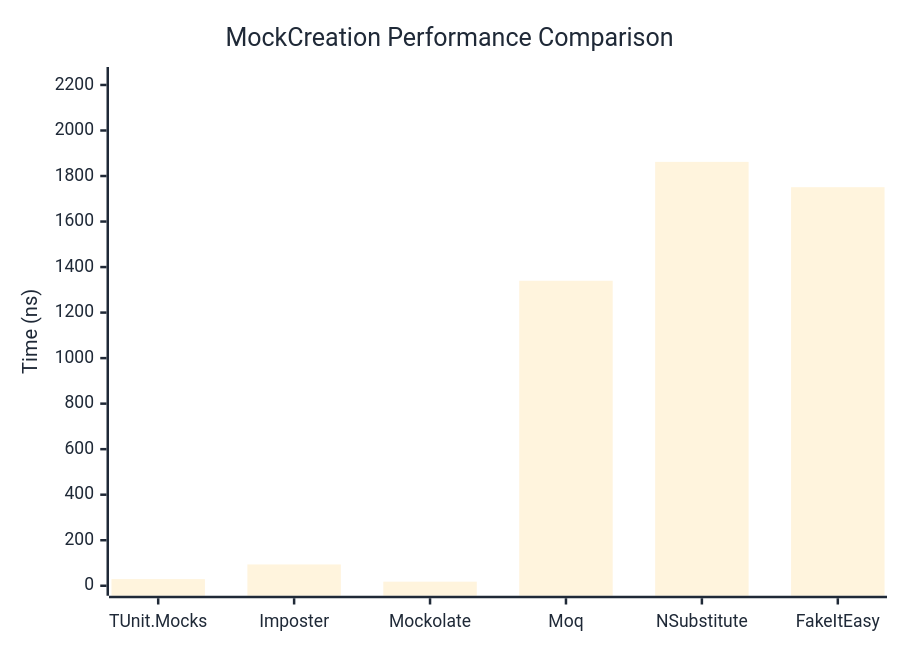
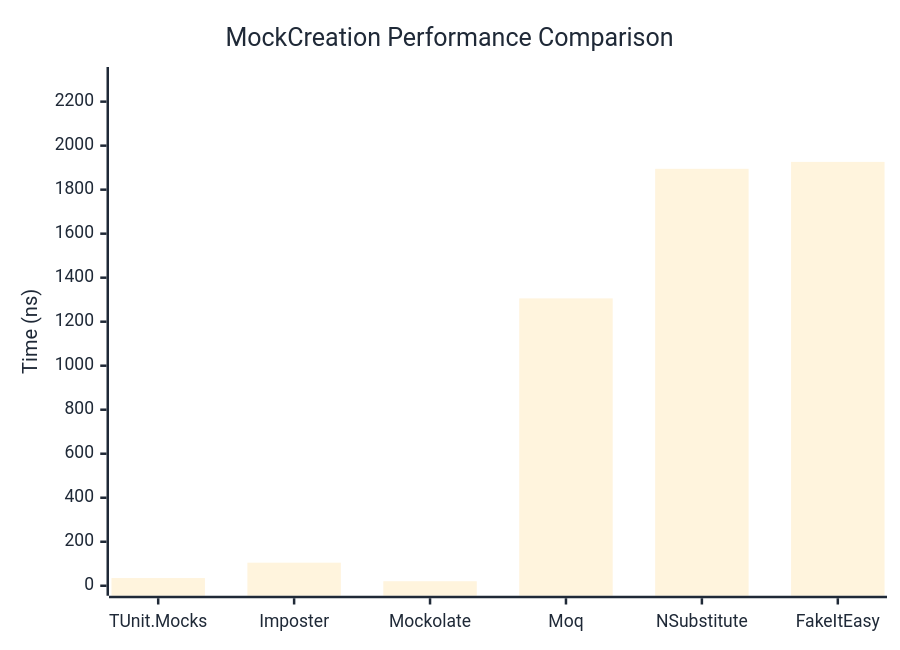
Before and after one commit to thomhurst/TUnit: the first of 2 diagrams in docs/docs/benchmarks/mocks/MockCreation.md, drawn with Mermaid. The commit also changed other lines of this file and 14 other files, not shown here.

````diff
--- a/docs/docs/benchmarks/mocks/MockCreation.md
+++ b/docs/docs/benchmarks/mocks/MockCreation.md
@@ -30,27 +30,27 @@
 ```mermaid
 %%{init: {
   'theme':'base',
   'themeVariables': {
     'primaryColor': '#2563eb',
     'primaryTextColor': '#1f2937',
     'primaryBorderColor': '#1e40af',
     'lineColor': '#6b7280',
     'secondaryColor': '#7c3aed',
     'tertiaryColor': '#dc2626',
     'background': '#ffffff',
     'pie1': '#2563eb',
     'pie2': '#7c3aed',
     'pie3': '#dc2626',
     'pie4': '#f59e0b',
     'pie5': '#10b981',
     'pie6': '#06b6d4',
     'pie7': '#ec4899',
     'pie8': '#6366f1'
   }
 }}%%
 xychart-beta
   title "MockCreation Performance Comparison"
   x-axis ["TUnit.Mocks", "Imposter", "Mockolate", "Moq", "NSubstitute", "FakeItEasy"]
-  y-axis "Time (ns)" 0 --> 2235
-  bar [29.17, 93.61, 17.94, 1339.91, 1862.12, 1750.91]
+  y-axis "Time (ns)" 0 --> 2312
+  bar [34.98, 104.81, 20.55, 1305.92, 1894.78, 1926.13]
 ```
````
